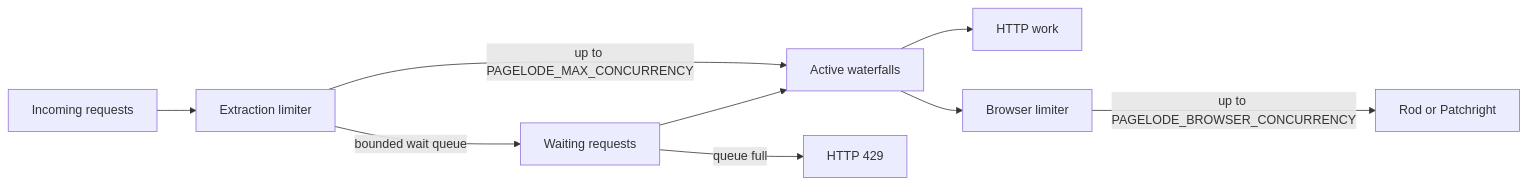
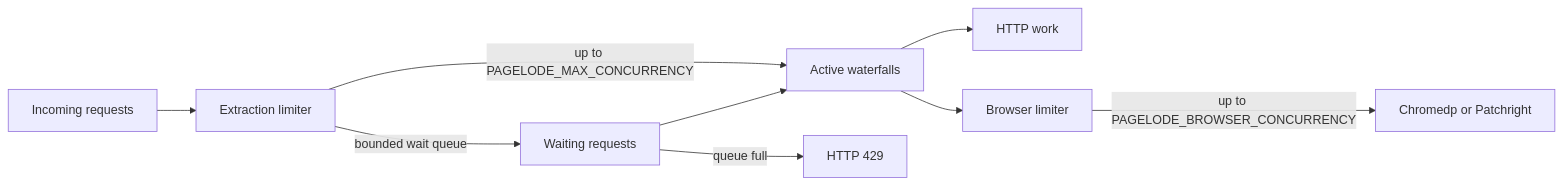
The sixth of 7 diagrams in docs/architecture.md (simonbalfe/pagelode), drawn with Mermaid before and after one commit. The commit also changed other lines of this file and 57 other files, not shown here.

````diff
--- a/docs/architecture.md
+++ b/docs/architecture.md
@@ -218,11 +231,11 @@
 ```mermaid
 flowchart LR
     Requests[Incoming requests] --> EL[Extraction limiter]
     EL -->|up to PAGELODE_MAX_CONCURRENCY| Work[Active waterfalls]
     EL -->|bounded wait queue| Queue[Waiting requests]
     Queue --> Work
     Queue -->|queue full| Reject[HTTP 429]
     Work --> Fast[HTTP work]
     Work --> BL[Browser limiter]
-    BL -->|up to PAGELODE_BROWSER_CONCURRENCY| Browsers[Rod or Patchright]
+    BL -->|up to PAGELODE_BROWSER_CONCURRENCY| Browsers[Chromedp or Patchright]
 ```
````
